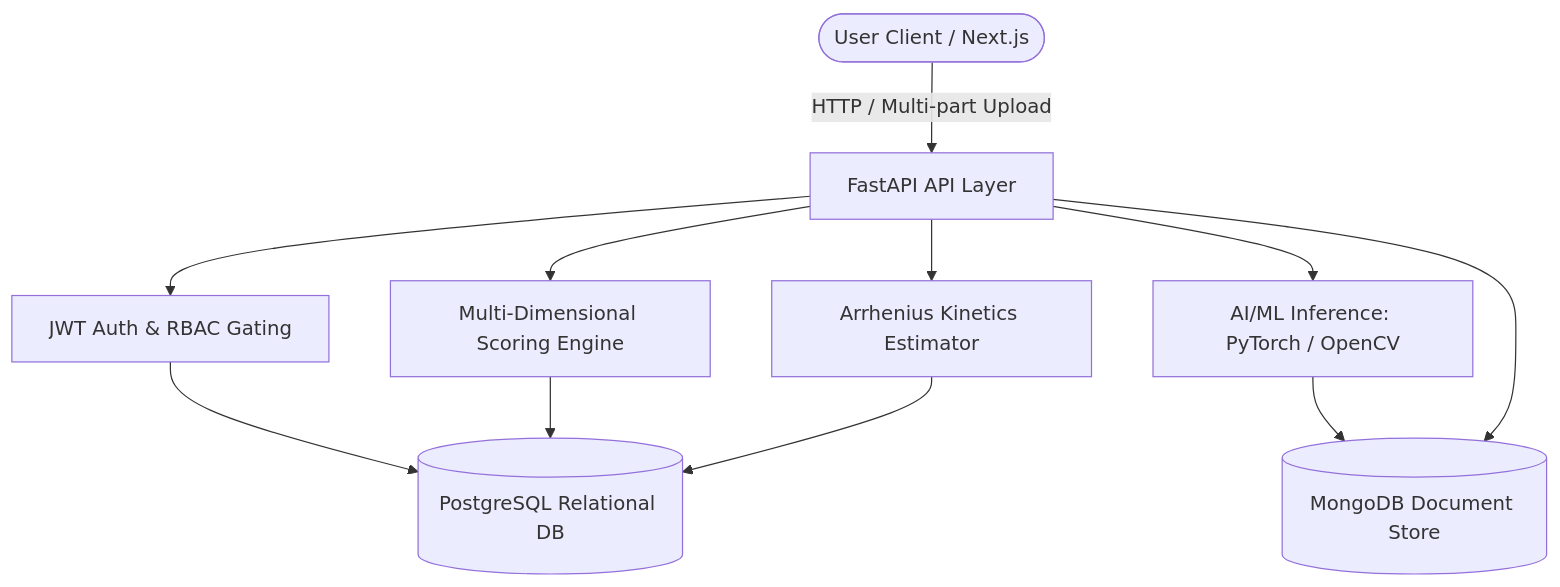
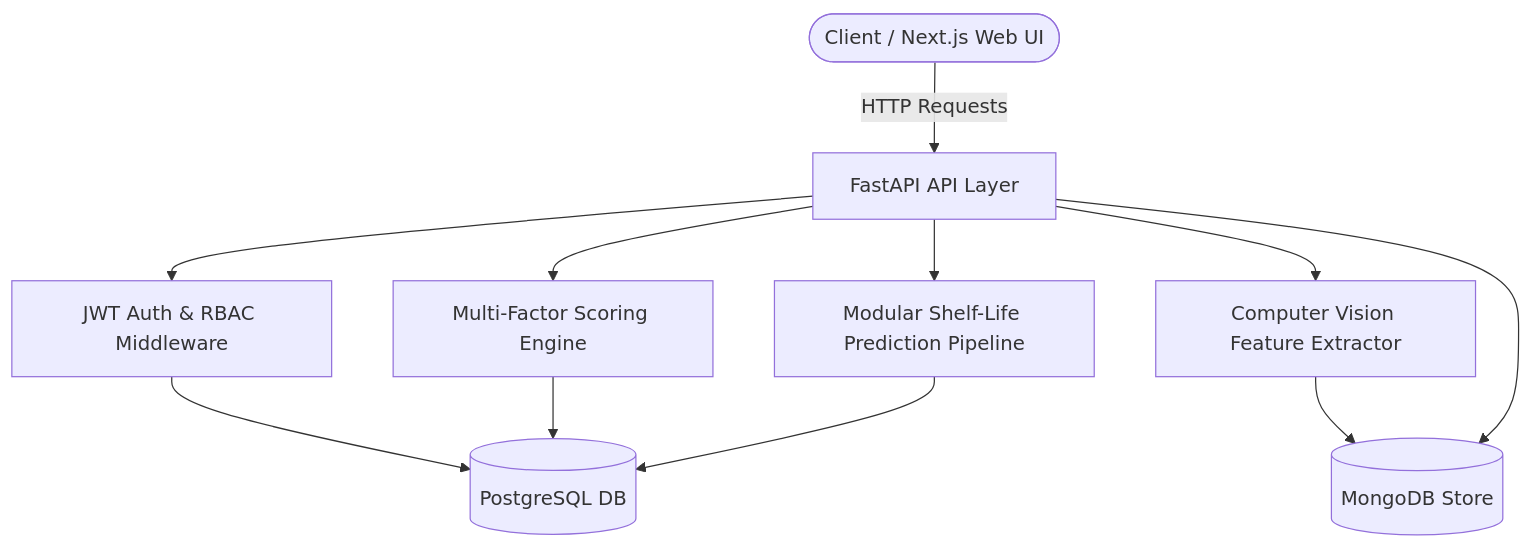
Before and after one commit to mailech/AI-Food-Freshness-Monitoring-Platform: the diagram in README.md, drawn with Mermaid. The commit also changed other lines of this file and 25 other files, not shown here.

````diff
--- a/README.md
+++ b/README.md
@@ -9,22 +40,22 @@
 ```mermaid
 graph TD
-    User([User Client / Next.js])
-    Backend[FastAPI API Layer]
-    Auth[JWT Auth & RBAC Gating]
-    Scoring[Multi-Dimensional Scoring Engine]
-    ShelfLife[Arrhenius Kinetics Estimator]
-    AI[AI/ML Inference: PyTorch / OpenCV]
-    Postgres[(PostgreSQL Relational DB)]
-    Mongo[(MongoDB Document Store)]
+    User([Client / Next.js Web UI])
+    API[FastAPI API Layer]
+    Auth[JWT Auth & RBAC Middleware]
+    Scoring[Multi-Factor Scoring Engine]
+    Pipeline[Modular Shelf-Life Prediction Pipeline]
+    CV[Computer Vision Feature Extractor]
+    PG[(PostgreSQL DB)]
+    Mongo[(MongoDB Store)]
 
-    User -->|HTTP / Multi-part Upload| Backend
-    Backend --> Auth
-    Backend --> Scoring
-    Backend --> ShelfLife
-    Backend --> AI
-    Auth --> Postgres
-    Scoring --> Postgres
-    ShelfLife --> Postgres
-    AI --> Mongo
-    Backend --> Mongo
+    User -->|HTTP Requests| API
+    API --> Auth
+    API --> Scoring
+    API --> Pipeline
+    API --> CV
+    Auth --> PG
+    Scoring --> PG
+    Pipeline --> PG
+    CV --> Mongo
+    API --> Mongo
 ```
````
